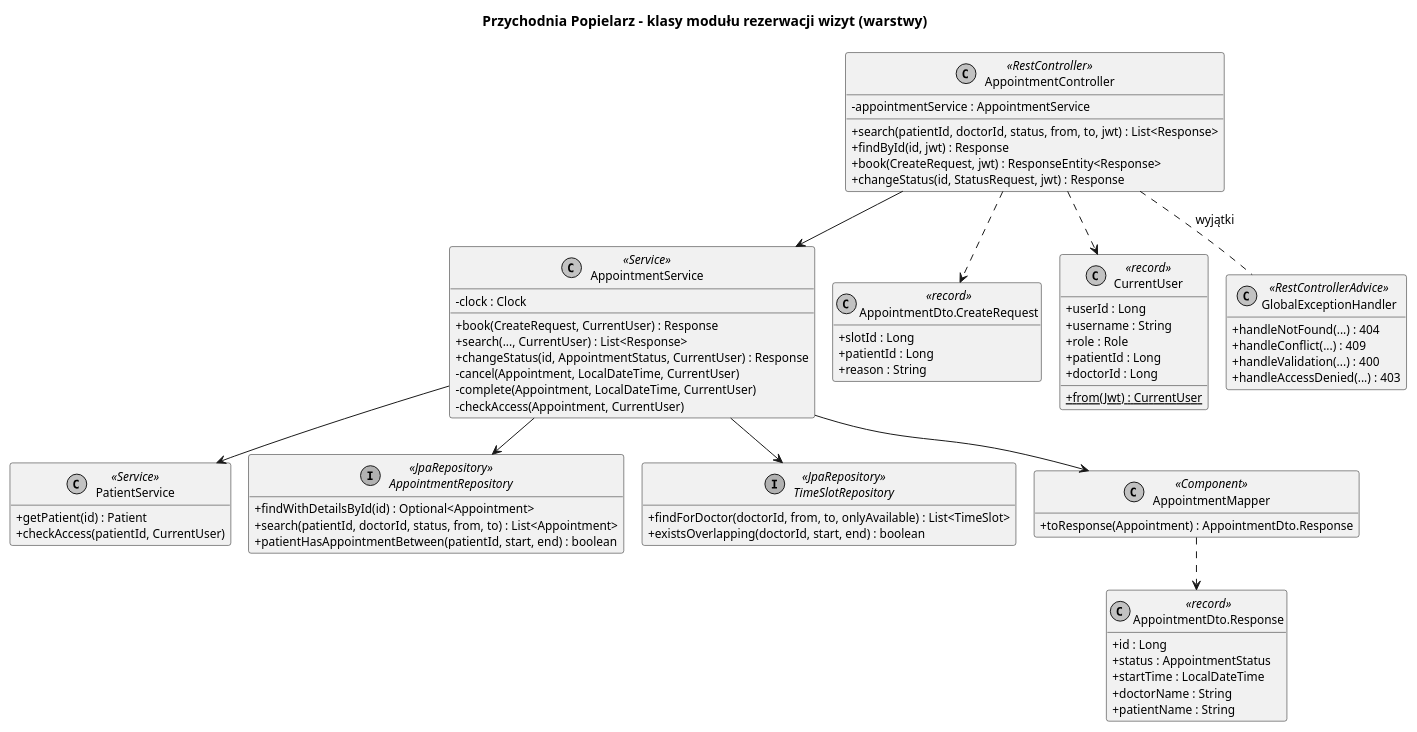
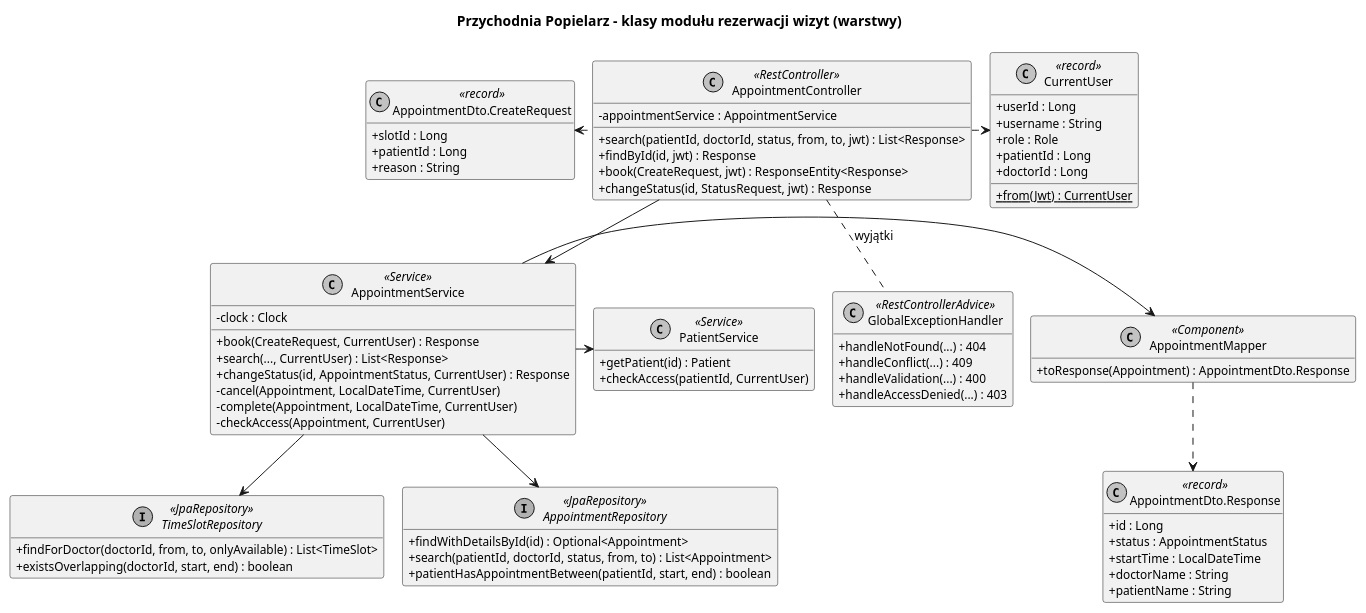
Before and after one commit to UFEQ1337/rejestracja-lekarz: the diagram in docs/diagramy/klasy_rezerwacja.puml, drawn with PlantUML. The commit also changed 1 other file, not shown here.

Commit message:
Czytelniejszy uklad diagramu klas modulu rezerwacji

```diff
--- a/docs/diagramy/klasy_rezerwacja.puml
+++ b/docs/diagramy/klasy_rezerwacja.puml
@@ -1,88 +1,88 @@
 @startuml klasy_rezerwacja
 !pragma layout smetana
 skinparam monochrome true
 skinparam shadowing false
 skinparam defaultFontName Arial
 skinparam defaultFontSize 12
 skinparam classAttributeIconSize 0
 hide empty members
 title Przychodnia Popielarz - klasy modułu rezerwacji wizyt (warstwy)
 
 class AppointmentController <<RestController>> {
   - appointmentService : AppointmentService
   + search(patientId, doctorId, status, from, to, jwt) : List<Response>
   + findById(id, jwt) : Response
   + book(CreateRequest, jwt) : ResponseEntity<Response>
   + changeStatus(id, StatusRequest, jwt) : Response
 }
 
 class AppointmentService <<Service>> {
   - clock : Clock
   + book(CreateRequest, CurrentUser) : Response
   + search(..., CurrentUser) : List<Response>
   + changeStatus(id, AppointmentStatus, CurrentUser) : Response
   - cancel(Appointment, LocalDateTime, CurrentUser)
   - complete(Appointment, LocalDateTime, CurrentUser)
   - checkAccess(Appointment, CurrentUser)
 }
 
 class PatientService <<Service>> {
   + getPatient(id) : Patient
   + checkAccess(patientId, CurrentUser)
 }
 
 interface AppointmentRepository <<JpaRepository>> {
   + findWithDetailsById(id) : Optional<Appointment>
   + search(patientId, doctorId, status, from, to) : List<Appointment>
   + patientHasAppointmentBetween(patientId, start, end) : boolean
 }
 
 interface TimeSlotRepository <<JpaRepository>> {
   + findForDoctor(doctorId, from, to, onlyAvailable) : List<TimeSlot>
   + existsOverlapping(doctorId, start, end) : boolean
 }
 
 class AppointmentMapper <<Component>> {
   + toResponse(Appointment) : AppointmentDto.Response
 }
 
 class "AppointmentDto.CreateRequest" as CreateRequest <<record>> {
   + slotId : Long
   + patientId : Long
   + reason : String
 }
 
 class "AppointmentDto.Response" as Response <<record>> {
   + id : Long
   + status : AppointmentStatus
   + startTime : LocalDateTime
   + doctorName : String
   + patientName : String
 }
 
 class CurrentUser <<record>> {
   + userId : Long
   + username : String
   + role : Role
   + patientId : Long
   + doctorId : Long
   + {static} from(Jwt) : CurrentUser
 }
 
 class GlobalExceptionHandler <<RestControllerAdvice>> {
   + handleNotFound(...) : 404
   + handleConflict(...) : 409
   + handleValidation(...) : 400
   + handleAccessDenied(...) : 403
 }
 
-AppointmentController --> AppointmentService
-AppointmentController ..> CreateRequest
-AppointmentController ..> CurrentUser
-AppointmentService --> AppointmentRepository
-AppointmentService --> TimeSlotRepository
-AppointmentService --> PatientService
-AppointmentService --> AppointmentMapper
-AppointmentMapper ..> Response
-AppointmentController .. GlobalExceptionHandler : wyjątki
+AppointmentController -down-> AppointmentService
+AppointmentController .left.> CreateRequest
+AppointmentController .right.> CurrentUser
+GlobalExceptionHandler .up. AppointmentController : wyjątki
+AppointmentService -down-> AppointmentRepository
+AppointmentService -down-> TimeSlotRepository
+AppointmentService -left-> PatientService
+AppointmentService -right-> AppointmentMapper
+AppointmentMapper .down.> Response
 @enduml
```
